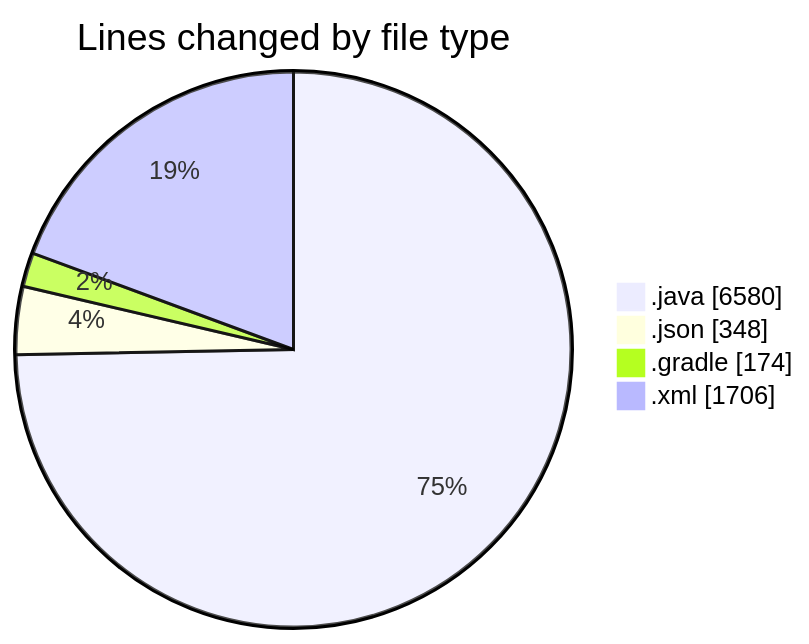
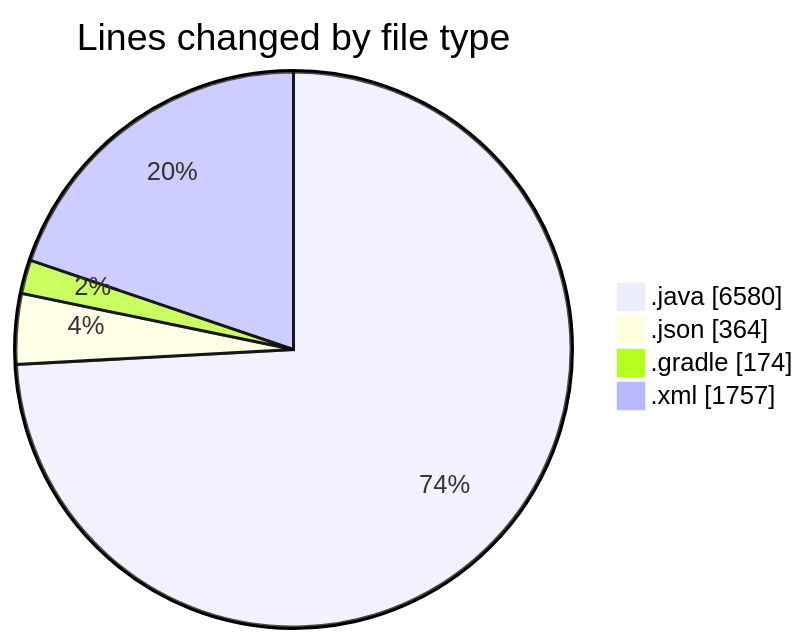
The first of 2 diagrams in 2025-02-22/micros/README.md (charlie-sans/code-tracking), drawn with Mermaid before and after one commit. The commit also changed other lines of this file and 1 other file, not shown here.

````diff
--- a/2025-02-22/micros/README.md
+++ b/2025-02-22/micros/README.md
@@ -67,8 +68,8 @@
 ```mermaid
 pie showData
 title Lines changed by file type
 ".java" : 6580
-".json" : 348
+".json" : 364
 ".gradle" : 174
-".xml" : 1706
+".xml" : 1757
 ```
````
